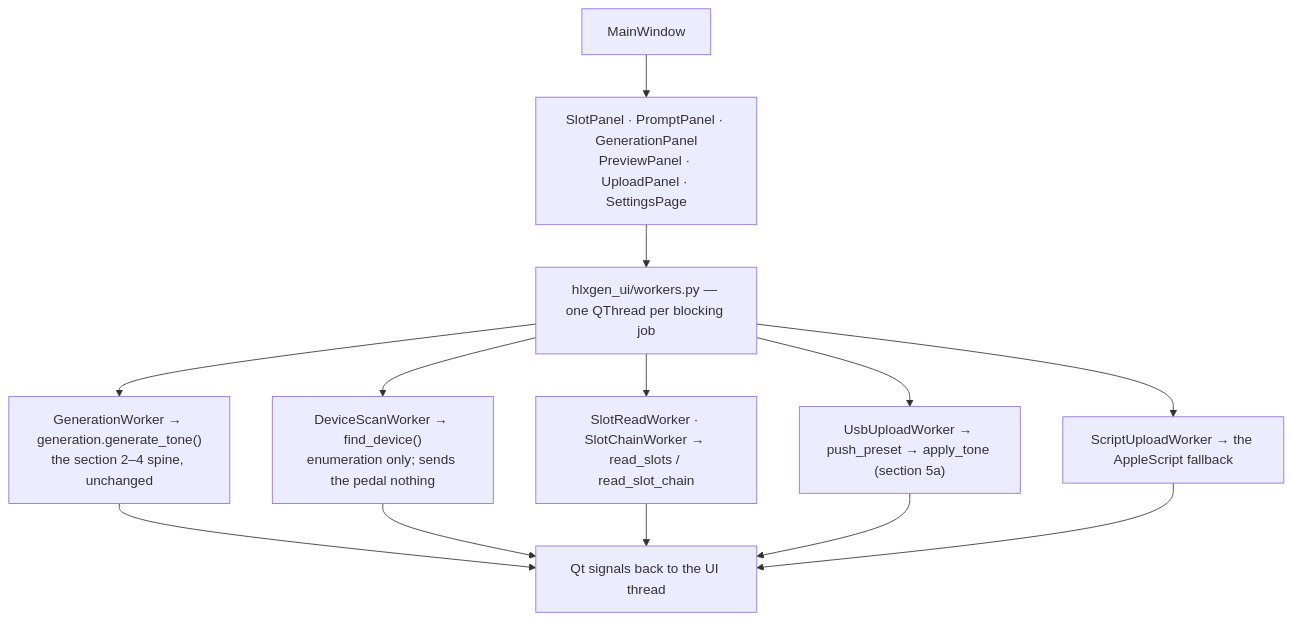
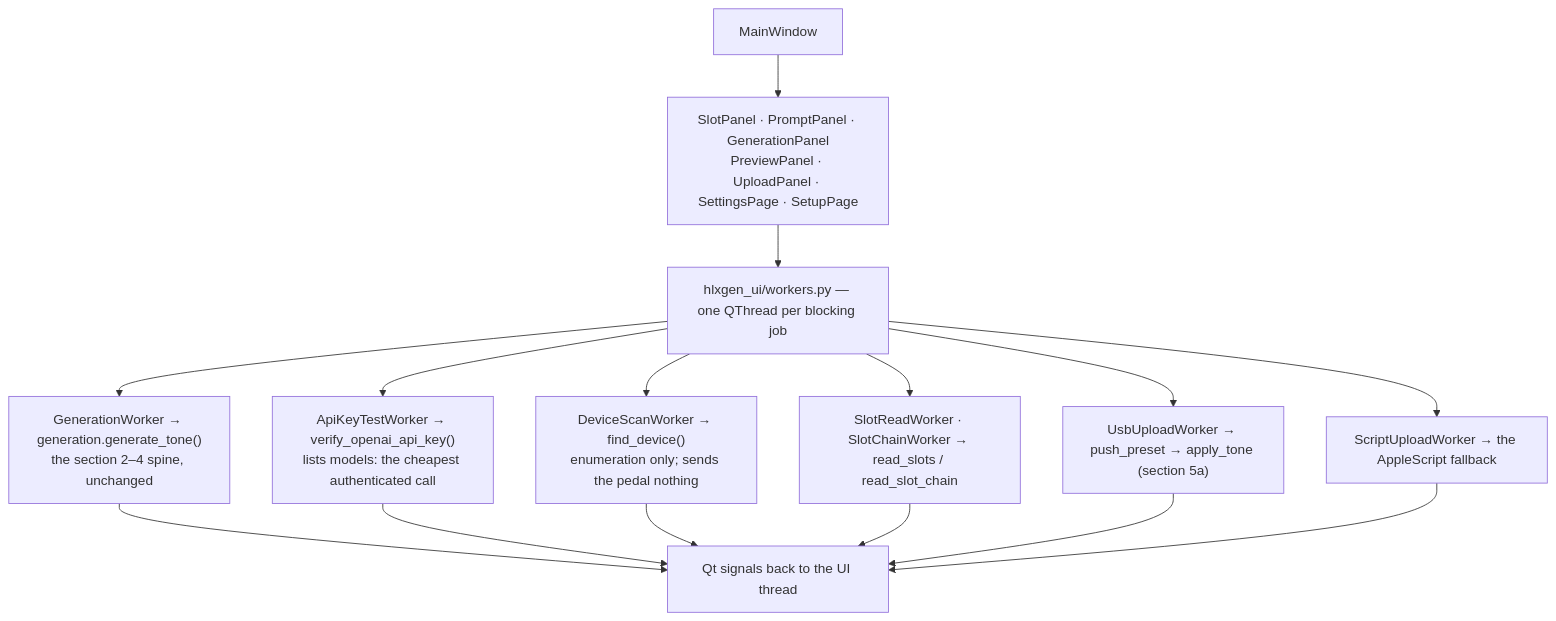
The fifth of 5 diagrams in docs/application_flow.md (ORogers/HelixGen), drawn with Mermaid before and after one commit. The commit also changed other lines of this file and 19 other files, not shown here.

````diff
--- a/docs/application_flow.md
+++ b/docs/application_flow.md
@@ -250,17 +251,19 @@
 ```mermaid
 flowchart TD
-    win["MainWindow"] --> panels["SlotPanel · PromptPanel · GenerationPanel<br>PreviewPanel · UploadPanel · SettingsPage"]
+    win["MainWindow"] --> panels["SlotPanel · PromptPanel · GenerationPanel<br>PreviewPanel · UploadPanel · SettingsPage · SetupPage"]
     panels --> workers["hlxgen_ui/workers.py — one QThread per blocking job"]
 
     workers --> gw["GenerationWorker → generation.generate_tone()<br>the section 2–4 spine, unchanged"]
+    workers --> kw["ApiKeyTestWorker → verify_openai_api_key()<br>lists models: the cheapest authenticated call"]
     workers --> dw["DeviceScanWorker → find_device()<br>enumeration only; sends the pedal nothing"]
     workers --> sw["SlotReadWorker · SlotChainWorker → read_slots / read_slot_chain"]
     workers --> uw["UsbUploadWorker → push_preset → apply_tone (section 5a)"]
     workers --> aw["ScriptUploadWorker → the AppleScript fallback"]
 
     gw --> ui["Qt signals back to the UI thread"]
+    kw --> ui
     dw --> ui
     sw --> ui
     uw --> ui
     aw --> ui
 ```
````
